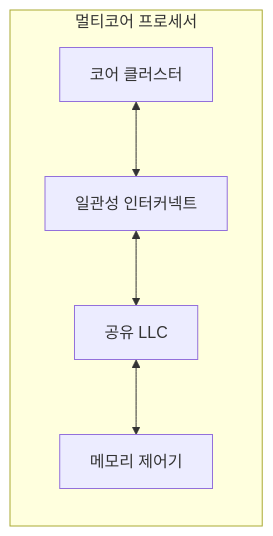
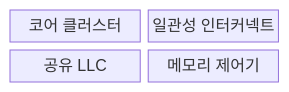
Before and after one commit to agnusdei1207/knowledge-base: the first of 2 diagrams in src/content/docs/notes/02-hardware/010_multicore_processor.md, drawn with Mermaid. The commit also changed other lines of this file and 20 other files, not shown here.

````diff
--- a/src/content/docs/notes/02-hardware/010_multicore_processor.md
+++ b/src/content/docs/notes/02-hardware/010_multicore_processor.md
@@ -67,8 +65,8 @@
 ```mermaid
-flowchart LR
-    subgraph CHIP["멀티코어 프로세서"]
-        C["코어 클러스터"] <--> I["일관성 인터커넥트"]
-        I <--> L["공유 LLC"]
-        L <--> M["메모리 제어기"]
-    end
+block
+    columns 2
+    C["코어 클러스터"]
+    I["일관성 인터커넥트"]
+    L["공유 LLC"]
+    M["메모리 제어기"]
 ```
````
